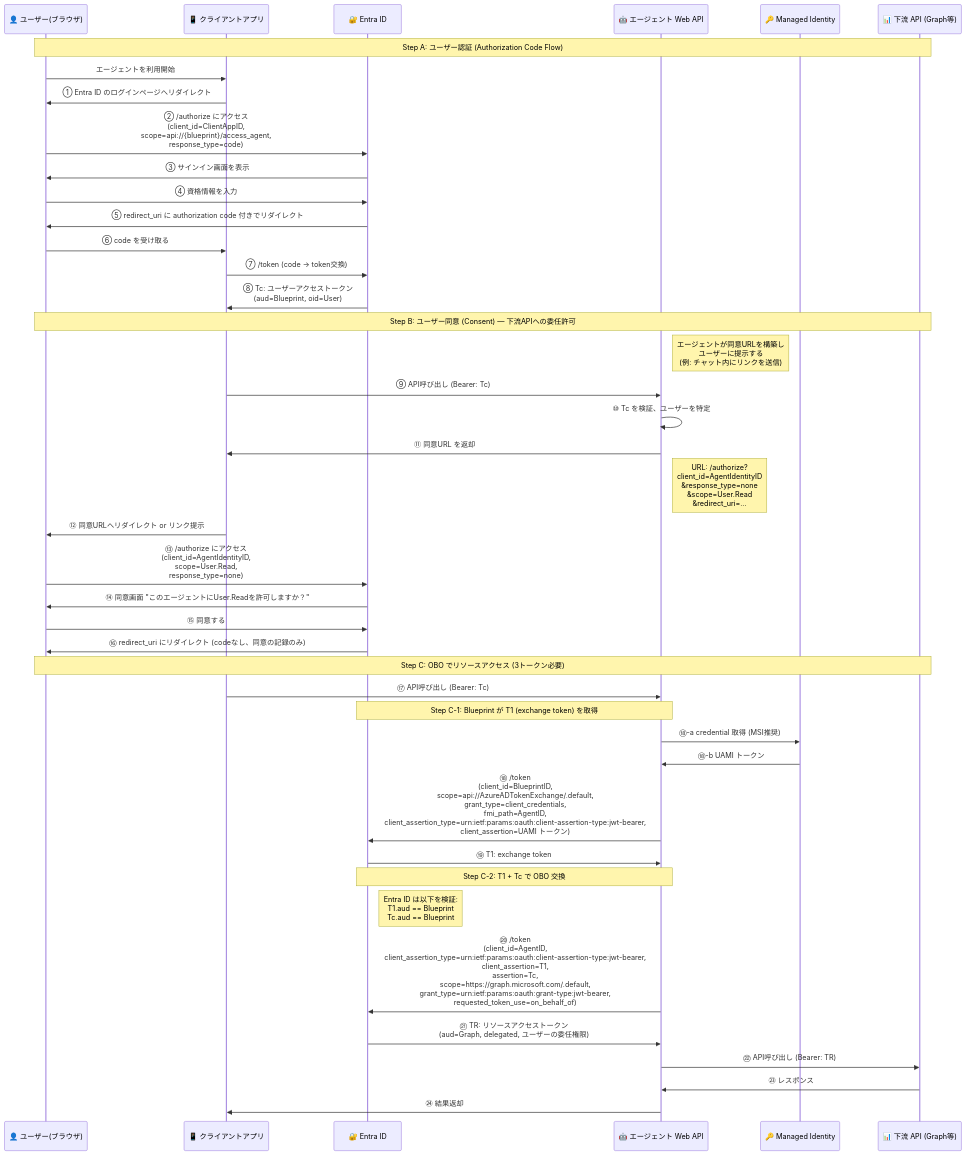
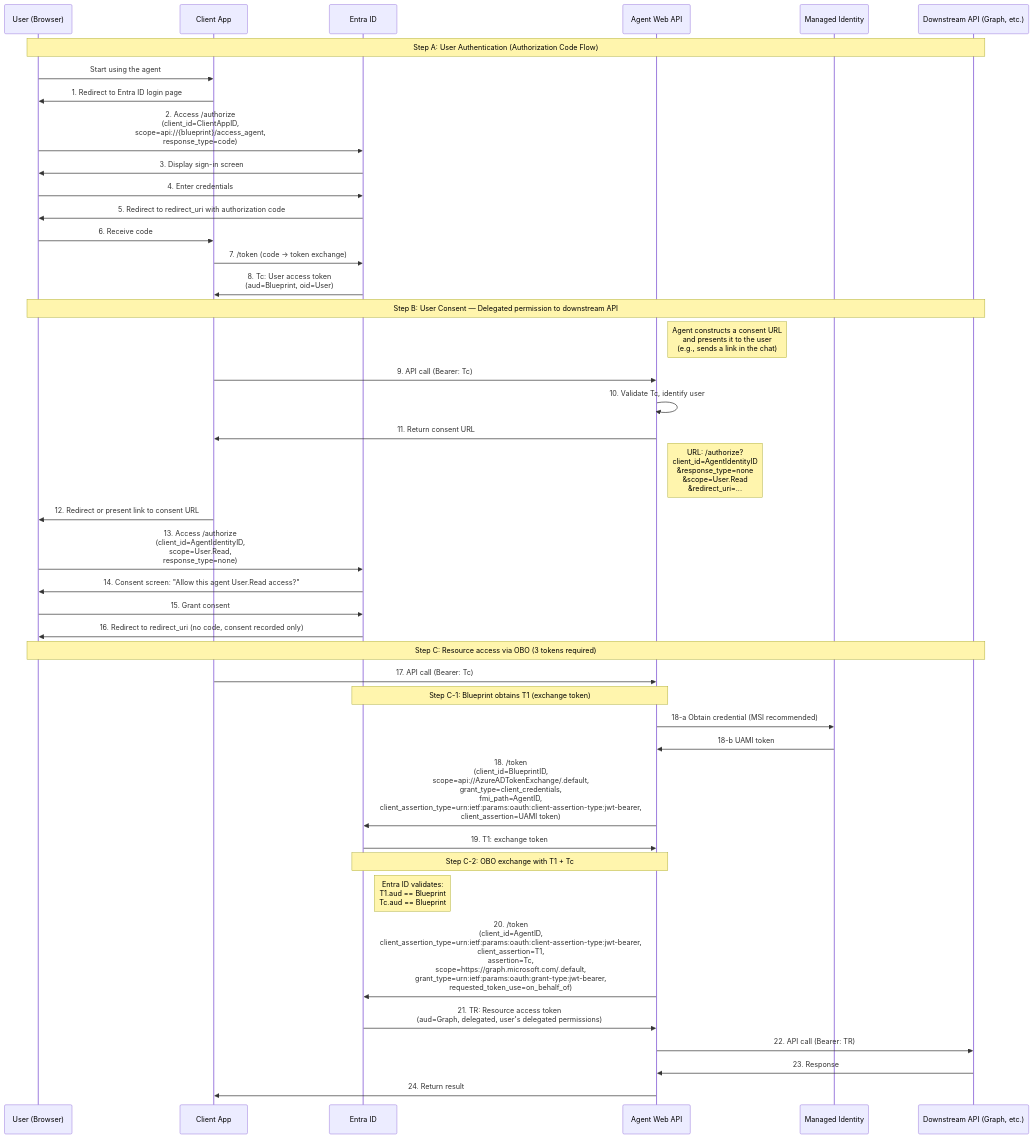
One commit to shigeyf/entra-agent-id-auth-flow-demo changed the first of 8 diagrams in docs/agent-identity-oauth-flow-comparison.md. Above: the diagram before and after it, drawn with Mermaid. The commit also changed other lines of this file and 23 other files, not shown here.

````diff
--- a/docs/agent-identity-oauth-flow-comparison.md
+++ b/docs/agent-identity-oauth-flow-comparison.md
@@ -14,50 +16,50 @@
 ```mermaid
 sequenceDiagram
-    participant U as 👤 ユーザー(ブラウザ)
-    participant C as 📱 クライアントアプリ
-    participant E as 🔐 Entra ID
-    participant A as 🤖 エージェント Web API
-    participant MSI as 🔑 Managed Identity
-    participant G as 📊 下流 API (Graph等)
+    participant U as User (Browser)
+    participant C as Client App
+    participant E as Entra ID
+    participant A as Agent Web API
+    participant MSI as Managed Identity
+    participant G as Downstream API (Graph, etc.)
 
-    Note over U,G: Step A: ユーザー認証 (Authorization Code Flow)
-    U->>C: エージェントを利用開始
-    C->>U: ① Entra ID のログインページへリダイレクト
-    U->>E: ② /authorize にアクセス<br/>(client_id=ClientAppID,<br/>scope=api://{blueprint}/access_agent,<br/>response_type=code)
-    E->>U: ③ サインイン画面を表示
-    U->>E: ④ 資格情報を入力
-    E->>U: ⑤ redirect_uri に authorization code 付きでリダイレクト
-    U->>C: ⑥ code を受け取る
-    C->>E: ⑦ /token (code → token交換)
-    E->>C: ⑧ Tc: ユーザーアクセストークン<br/>(aud=Blueprint, oid=User)
+    Note over U,G: Step A: User Authentication (Authorization Code Flow)
+    U->>C: Start using the agent
+    C->>U: 1. Redirect to Entra ID login page
+    U->>E: 2. Access /authorize<br/>(client_id=ClientAppID,<br/>scope=api://{blueprint}/access_agent,<br/>response_type=code)
+    E->>U: 3. Display sign-in screen
+    U->>E: 4. Enter credentials
+    E->>U: 5. Redirect to redirect_uri with authorization code
+    U->>C: 6. Receive code
+    C->>E: 7. /token (code → token exchange)
+    E->>C: 8. Tc: User access token<br/>(aud=Blueprint, oid=User)
 
-    Note over U,G: Step B: ユーザー同意 (Consent) — 下流APIへの委任許可
-    Note right of A: エージェントが同意URLを構築し<br/>ユーザーに提示する<br/>(例: チャット内にリンクを送信)
-    C->>A: ⑨ API呼び出し (Bearer: Tc)
-    A->>A: ⑩ Tc を検証、ユーザーを特定
-    A->>C: ⑪ 同意URL を返却
+    Note over U,G: Step B: User Consent — Delegated permission to downstream API
+    Note right of A: Agent constructs a consent URL<br/>and presents it to the user<br/>(e.g., sends a link in the chat)
+    C->>A: 9. API call (Bearer: Tc)
+    A->>A: 10. Validate Tc, identify user
+    A->>C: 11. Return consent URL
     Note right of A: URL: /authorize?<br/>client_id=AgentIdentityID<br/>&response_type=none<br/>&scope=User.Read<br/>&redirect_uri=...
-    C->>U: ⑫ 同意URLへリダイレクト or リンク提示
-    U->>E: ⑬ /authorize にアクセス<br/>(client_id=AgentIdentityID,<br/>scope=User.Read,<br/>response_type=none)
-    E->>U: ⑭ 同意画面 "このエージェントにUser.Readを許可しますか？"
-    U->>E: ⑮ 同意する
-    E->>U: ⑯ redirect_uri にリダイレクト (codeなし、同意の記録のみ)
+    C->>U: 12. Redirect or present link to consent URL
+    U->>E: 13. Access /authorize<br/>(client_id=AgentIdentityID,<br/>scope=User.Read,<br/>response_type=none)
+    E->>U: 14. Consent screen: "Allow this agent User.Read access?"
+    U->>E: 15. Grant consent
+    E->>U: 16. Redirect to redirect_uri (no code, consent recorded only)
 
-    Note over U,G: Step C: OBO でリソースアクセス (3トークン必要)
-    C->>A: ⑰ API呼び出し (Bearer: Tc)
+    Note over U,G: Step C: Resource access via OBO (3 tokens required)
+    C->>A: 17. API call (Bearer: Tc)
 
-    Note over A,E: Step C-1: Blueprint が T1 (exchange token) を取得
-    A->>MSI: ⑱-a credential 取得 (MSI推奨)
-    MSI->>A: ⑱-b UAMI トークン
-    A->>E: ⑱ /token<br/>(client_id=BlueprintID,<br/>scope=api://AzureADTokenExchange/.default,<br/>grant_type=client_credentials,<br/>fmi_path=AgentID,<br/>client_assertion_type=urn:ietf:params:oauth:client-assertion-type:jwt-bearer,<br/>client_assertion=UAMI トークン)
-    E->>A: ⑲ T1: exchange token
+    Note over A,E: Step C-1: Blueprint obtains T1 (exchange token)
+    A->>MSI: 18-a Obtain credential (MSI recommended)
+    MSI->>A: 18-b UAMI token
+    A->>E: 18. /token<br/>(client_id=BlueprintID,<br/>scope=api://AzureADTokenExchange/.default,<br/>grant_type=client_credentials,<br/>fmi_path=AgentID,<br/>client_assertion_type=urn:ietf:params:oauth:client-assertion-type:jwt-bearer,<br/>client_assertion=UAMI token)
+    E->>A: 19. T1: exchange token
 
-    Note over A,E: Step C-2: T1 + Tc で OBO 交換
-    Note right of E: Entra ID は以下を検証:<br/>T1.aud == Blueprint<br/>Tc.aud == Blueprint
-    A->>E: ⑳ /token<br/>(client_id=AgentID,<br/>client_assertion_type=urn:ietf:params:oauth:client-assertion-type:jwt-bearer,<br/>client_assertion=T1,<br/>assertion=Tc,<br/>scope=https://graph.microsoft.com/.default,<br/>grant_type=urn:ietf:params:oauth:grant-type:jwt-bearer,<br/>requested_token_use=on_behalf_of)
-    E->>A: ㉑ TR: リソースアクセストークン<br/>(aud=Graph, delegated, ユーザーの委任権限)
+    Note over A,E: Step C-2: OBO exchange with T1 + Tc
+    Note right of E: Entra ID validates:<br/>T1.aud == Blueprint<br/>Tc.aud == Blueprint
+    A->>E: 20. /token<br/>(client_id=AgentID,<br/>client_assertion_type=urn:ietf:params:oauth:client-assertion-type:jwt-bearer,<br/>client_assertion=T1,<br/>assertion=Tc,<br/>scope=https://graph.microsoft.com/.default,<br/>grant_type=urn:ietf:params:oauth:grant-type:jwt-bearer,<br/>requested_token_use=on_behalf_of)
+    E->>A: 21. TR: Resource access token<br/>(aud=Graph, delegated, user's delegated permissions)
 
-    A->>G: ㉒ API呼び出し (Bearer: TR)
-    G->>A: ㉓ レスポンス
-    A->>C: ㉔ 結果返却
+    A->>G: 22. API call (Bearer: TR)
+    G->>A: 23. Response
+    A->>C: 24. Return result
 ```
````
